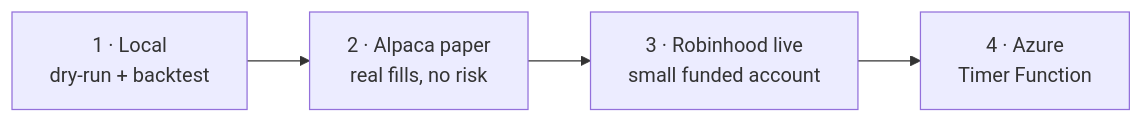
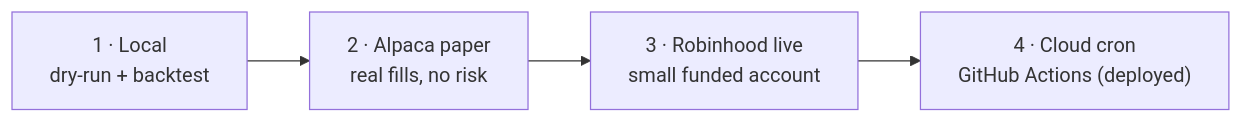
One commit to godot107/energy-batch-trader changed the fourth of 4 diagrams in README.md. Above: the diagram before and after it, drawn with Mermaid. The commit also changed other lines of this file and 1 other file, not shown here.

````diff
--- a/README.md
+++ b/README.md
@@ -101,6 +119,6 @@
 ```mermaid
 flowchart LR
     P1["1 · Local<br/>dry-run + backtest"] --> P2["2 · Alpaca paper<br/>real fills, no risk"]
     P2 --> P3["3 · Robinhood live<br/>small funded account"]
-    P3 --> P4["4 · Azure<br/>Timer Function"]
+    P3 --> P4["4 · Cloud cron<br/>GitHub Actions (deployed)"]
 ```
````
